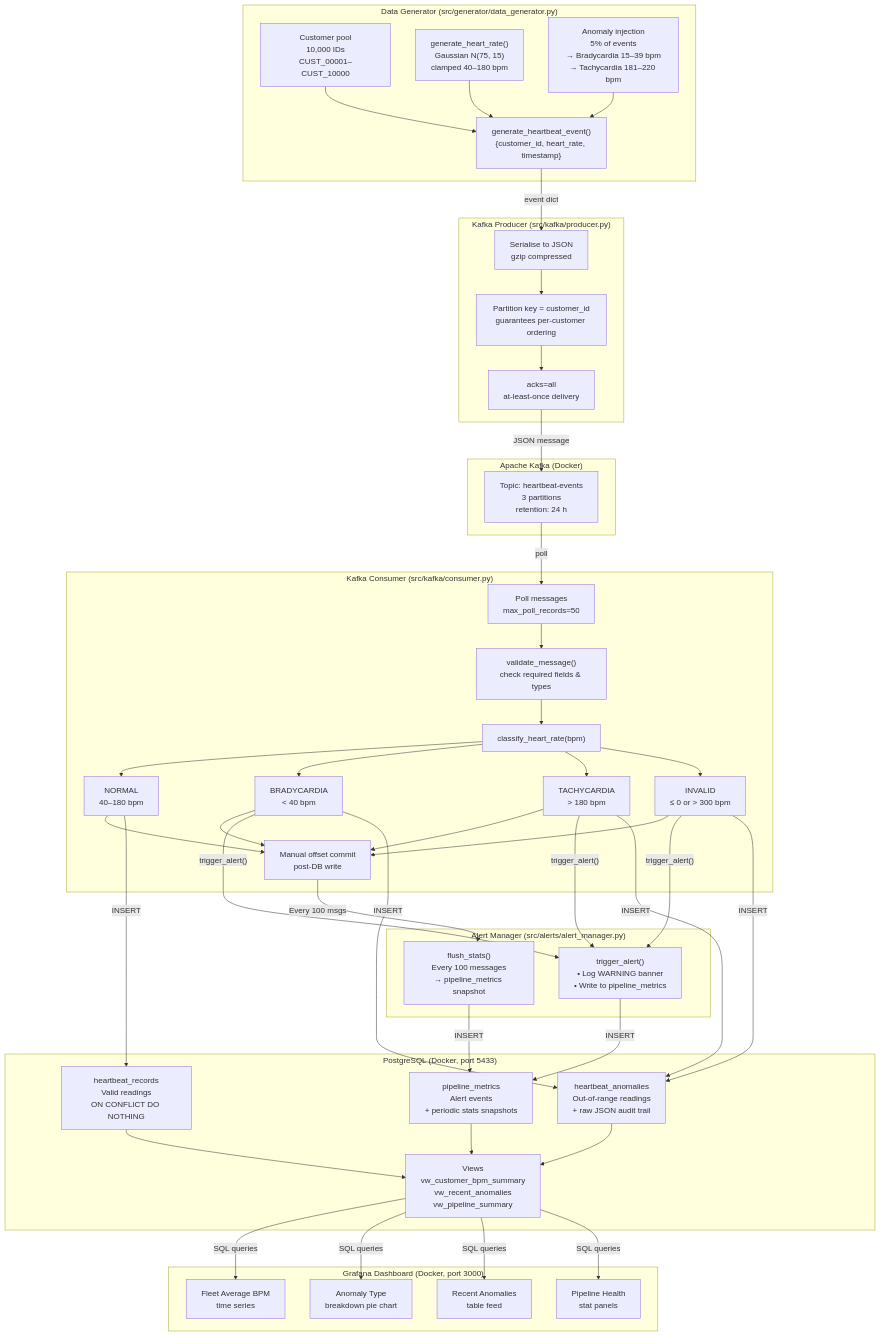
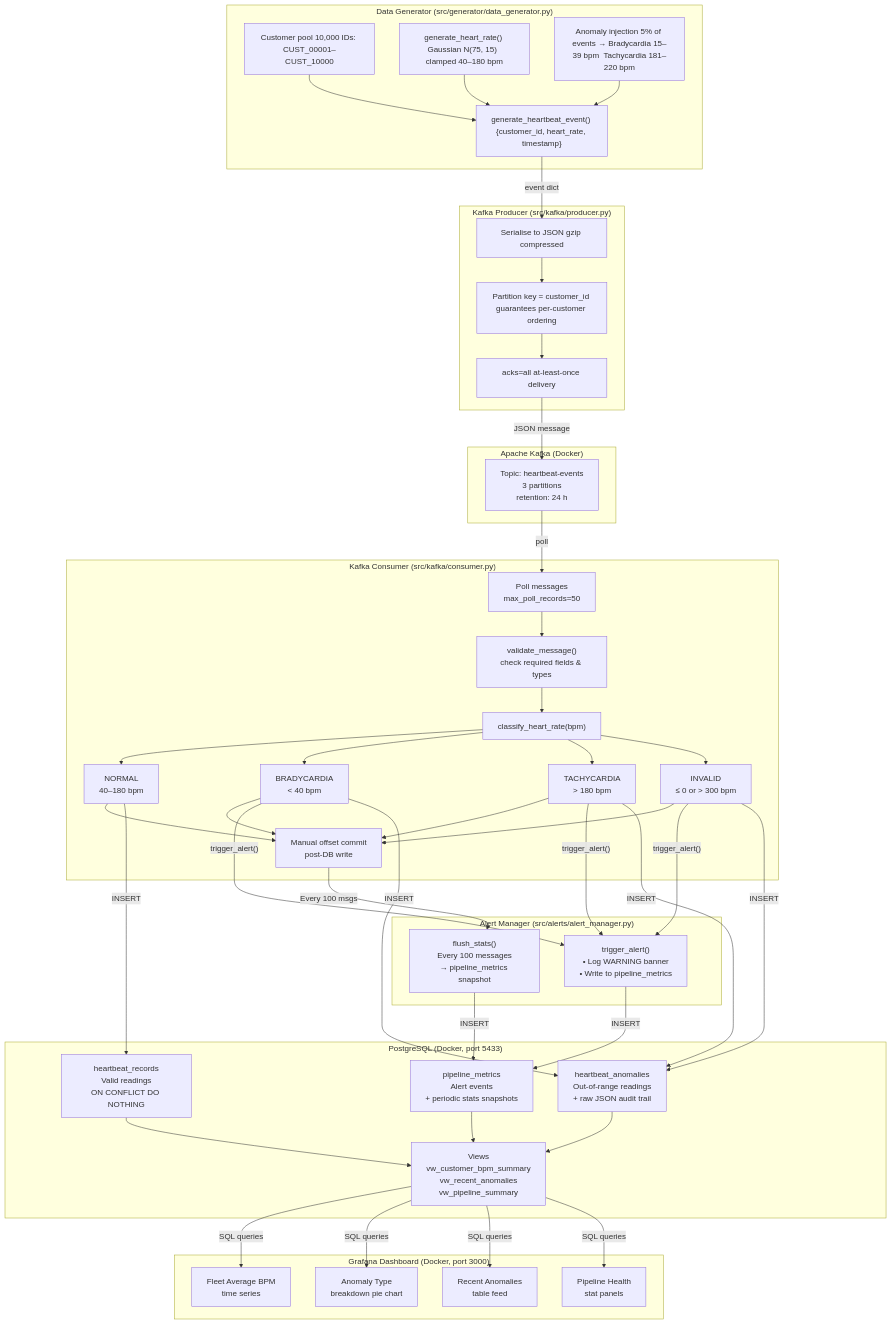
The first of 3 diagrams in docs/data_flow_diagram.md (iamjamaal/Real-Time-Customer-Heartbeat-Monitoring-System), drawn with Mermaid before and after one commit.

Commit message:
Refactor data flow diagram node descriptions
Updated the data flow diagram to improve clarity by removing line breaks in node descriptions.

````diff
--- a/docs/data_flow_diagram.md
+++ b/docs/data_flow_diagram.md
@@ -11,19 +11,19 @@
 ```mermaid
 flowchart TD
     subgraph Generator["Data Generator (src/generator/data_generator.py)"]
-        G1["Customer pool\n10,000 IDs\nCUST_00001–CUST_10000"]
-        G2["generate_heart_rate()\nGaussian N(75, 15)\nclamped 40–180 bpm"]
-        G3["Anomaly injection\n5% of events\n→ Bradycardia 15–39 bpm\n→ Tachycardia 181–220 bpm"]
-        G4["generate_heartbeat_event()\n{customer_id, heart_rate, timestamp}"]
+        G1["Customer pool 10,000 IDs: CUST_00001–CUST_10000"]
+        G2["generate_heart_rate() Gaussian N(75, 15)  clamped 40–180 bpm"]
+        G3["Anomaly injection 5% of events → Bradycardia 15–39 bpm  Tachycardia 181–220 bpm"]
+        G4["generate_heartbeat_event() {customer_id, heart_rate, timestamp}"]
         G1 --> G4
         G2 --> G4
         G3 --> G4
     end
 
     subgraph Producer["Kafka Producer (src/kafka/producer.py)"]
-        P1["Serialise to JSON\ngzip compressed"]
-        P2["Partition key = customer_id\nguarantees per-customer ordering"]
-        P3["acks=all\nat-least-once delivery"]
+        P1["Serialise to JSON gzip compressed"]
+        P2["Partition key = customer_id guarantees per-customer ordering"]
+        P3["acks=all at-least-once delivery"]
         P1 --> P2 --> P3
     end
 
````
